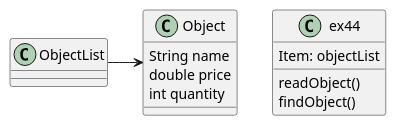
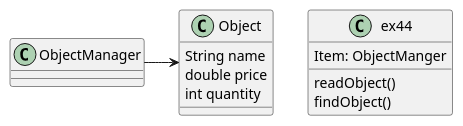
Before and after one commit to simonautran/autran-cop3330-assignment3: the diagram in src/main/java/ex44/ex44.puml, drawn with PlantUML.

```diff
--- a/src/main/java/ex44/ex44.puml
+++ b/src/main/java/ex44/ex44.puml
@@ -1,19 +1,19 @@
 @startuml
 'https://plantuml.com/class-diagram
 
 class ex44 
 {
-Item: objectList
+Item: ObjectManger
 
 readObject()
 findObject()
 }
 
 class Object{
 String name
 double price
 int quantity
 }
 
-ObjectList->Object
+ObjectManager->Object
 @enduml
```
